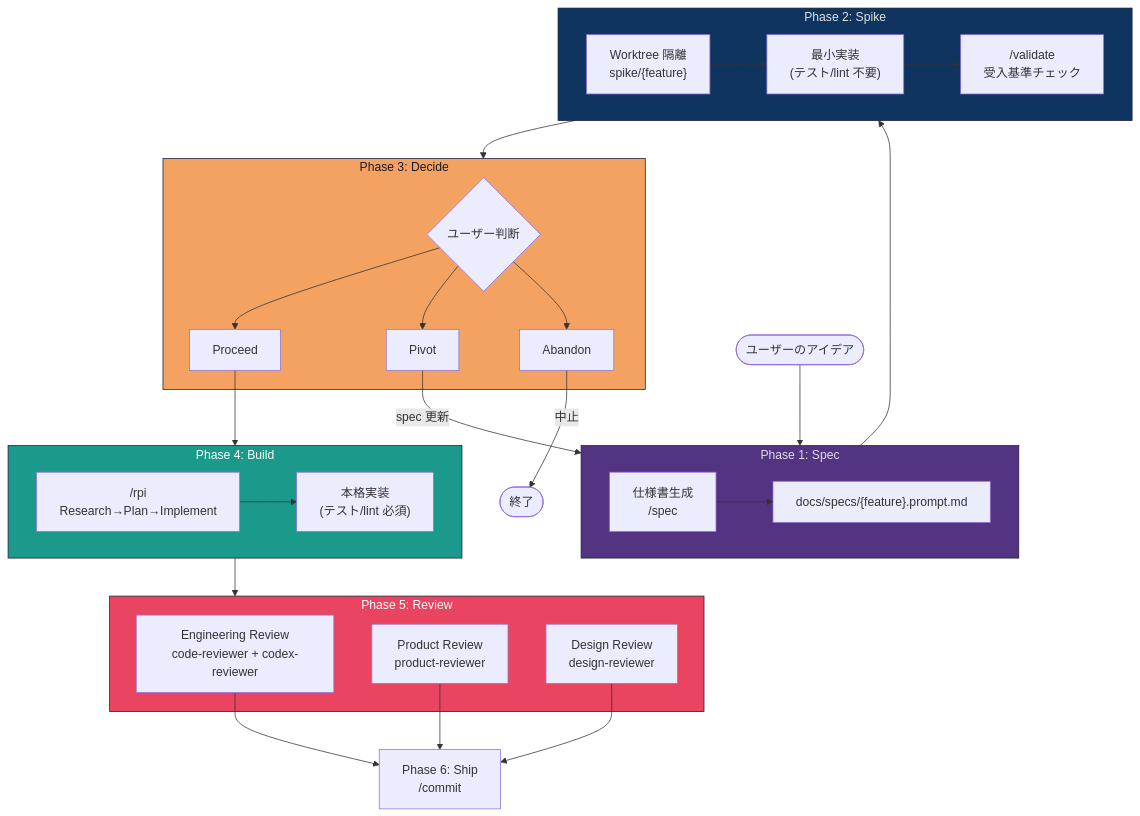
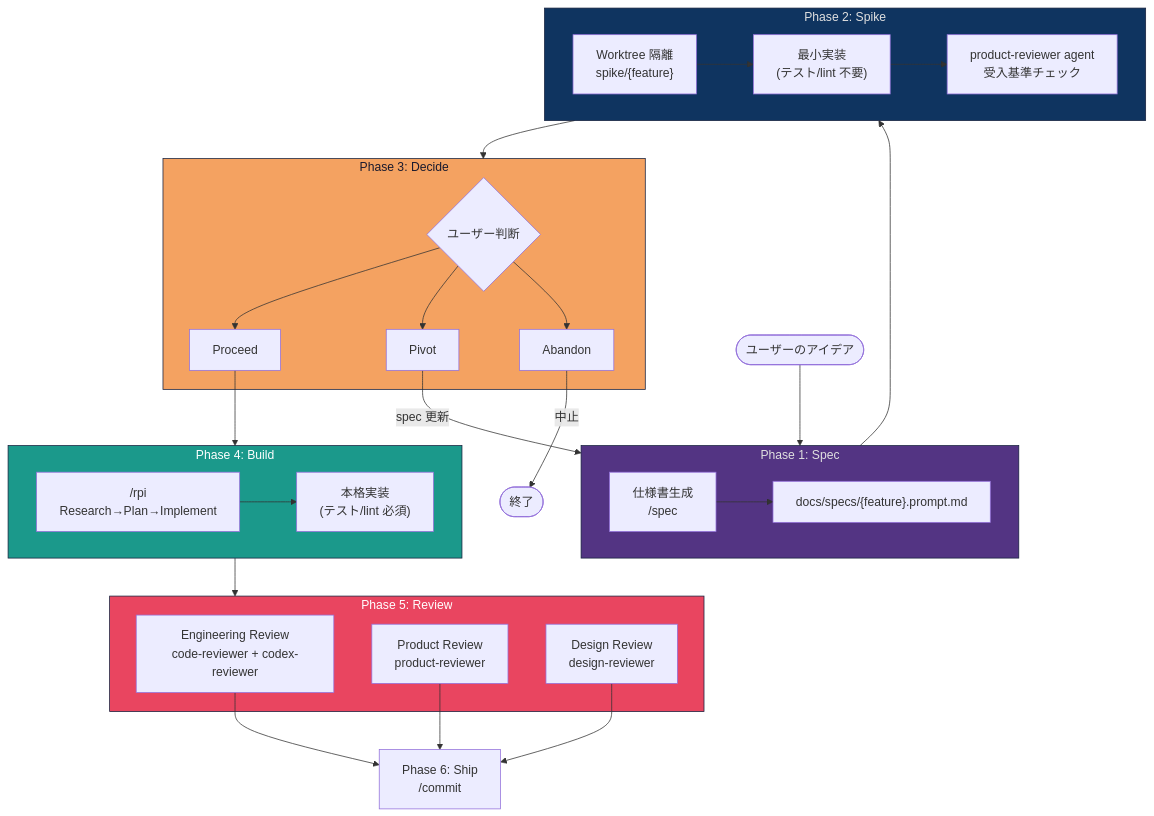
One commit to takeuchi-shogo/dotfiles changed the third of 3 diagrams in .config/claude/README.md. Above: the diagram before and after it, drawn with Mermaid. The commit also changed other lines of this file and 259 other files, not shown here.

````diff
--- a/.config/claude/README.md
+++ b/.config/claude/README.md
@@ -474,54 +456,54 @@
 ```mermaid
 flowchart TB
     Start([ユーザーのアイデア])
 
     subgraph phase1["Phase 1: Spec"]
         spec_gen["仕様書生成<br>/spec"]
         spec_out["docs/specs/{feature}.prompt.md"]
         spec_gen --> spec_out
     end
 
     subgraph phase2["Phase 2: Spike"]
         worktree["Worktree 隔離<br>spike/{feature}"]
         proto["最小実装<br>(テスト/lint 不要)"]
-        validate_spike["/validate<br>受入基準チェック"]
+        validate_spike["product-reviewer agent<br>受入基準チェック"]
         worktree --> proto --> validate_spike
     end
 
     subgraph phase3["Phase 3: Decide"]
         decision{ユーザー判断}
         proceed["Proceed"]
         pivot["Pivot"]
         abandon["Abandon"]
     end
 
     subgraph phase4["Phase 4: Build"]
         rpi_exec["/rpi<br>Research→Plan→Implement"]
         full_impl["本格実装<br>(テスト/lint 必須)"]
         rpi_exec --> full_impl
     end
 
     subgraph phase5["Phase 5: Review"]
         eng_review["Engineering Review<br>code-reviewer + codex-reviewer"]
         prod_review["Product Review<br>product-reviewer"]
         design_review["Design Review<br>design-reviewer"]
     end
 
     phase6["Phase 6: Ship<br>/commit"]
 
     Start --> phase1
     phase1 --> phase2
     phase2 --> phase3
     decision --> proceed & pivot & abandon
     proceed --> phase4
     pivot -->|"spec 更新"| phase1
     abandon -->|"中止"| End2([終了])
     phase4 --> phase5
     eng_review & prod_review & design_review --> phase6
 
     style phase1 fill:#533483,stroke:#16213e,color:#e0e0e0
     style phase2 fill:#0f3460,stroke:#16213e,color:#e0e0e0
     style phase3 fill:#f4a261,stroke:#16213e,color:#1a1a2e
     style phase4 fill:#1b998b,stroke:#16213e,color:#ffffff
     style phase5 fill:#e94560,stroke:#16213e,color:#ffffff
 ```
````
